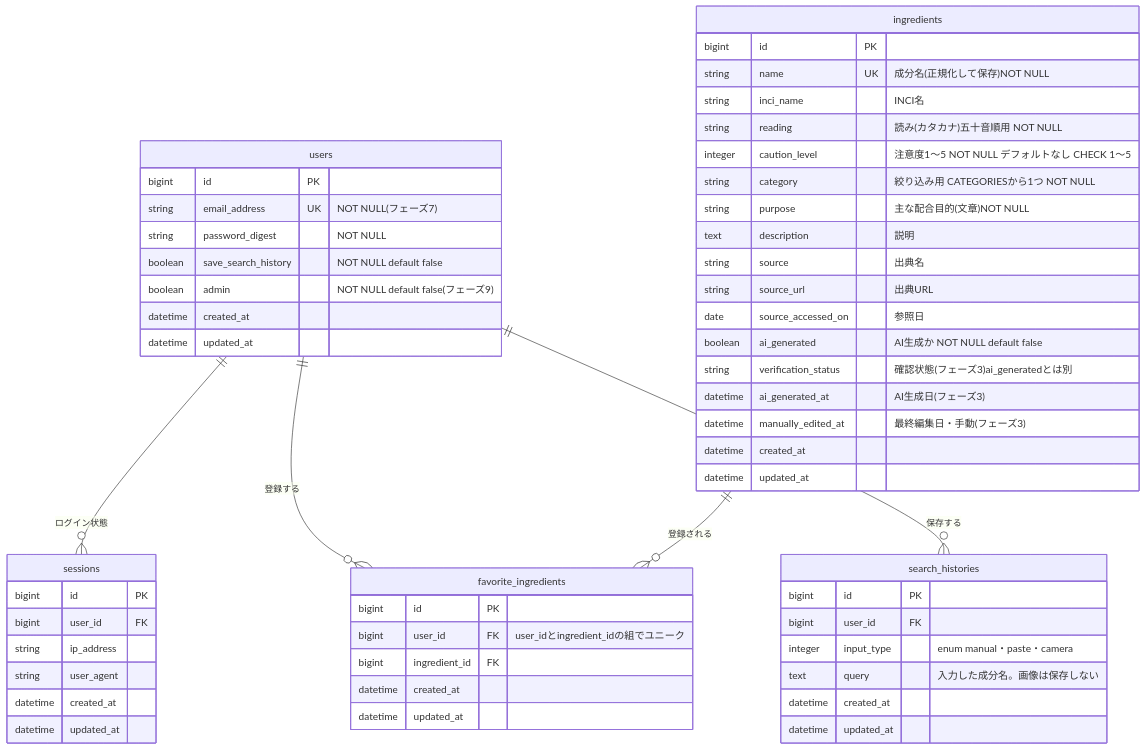
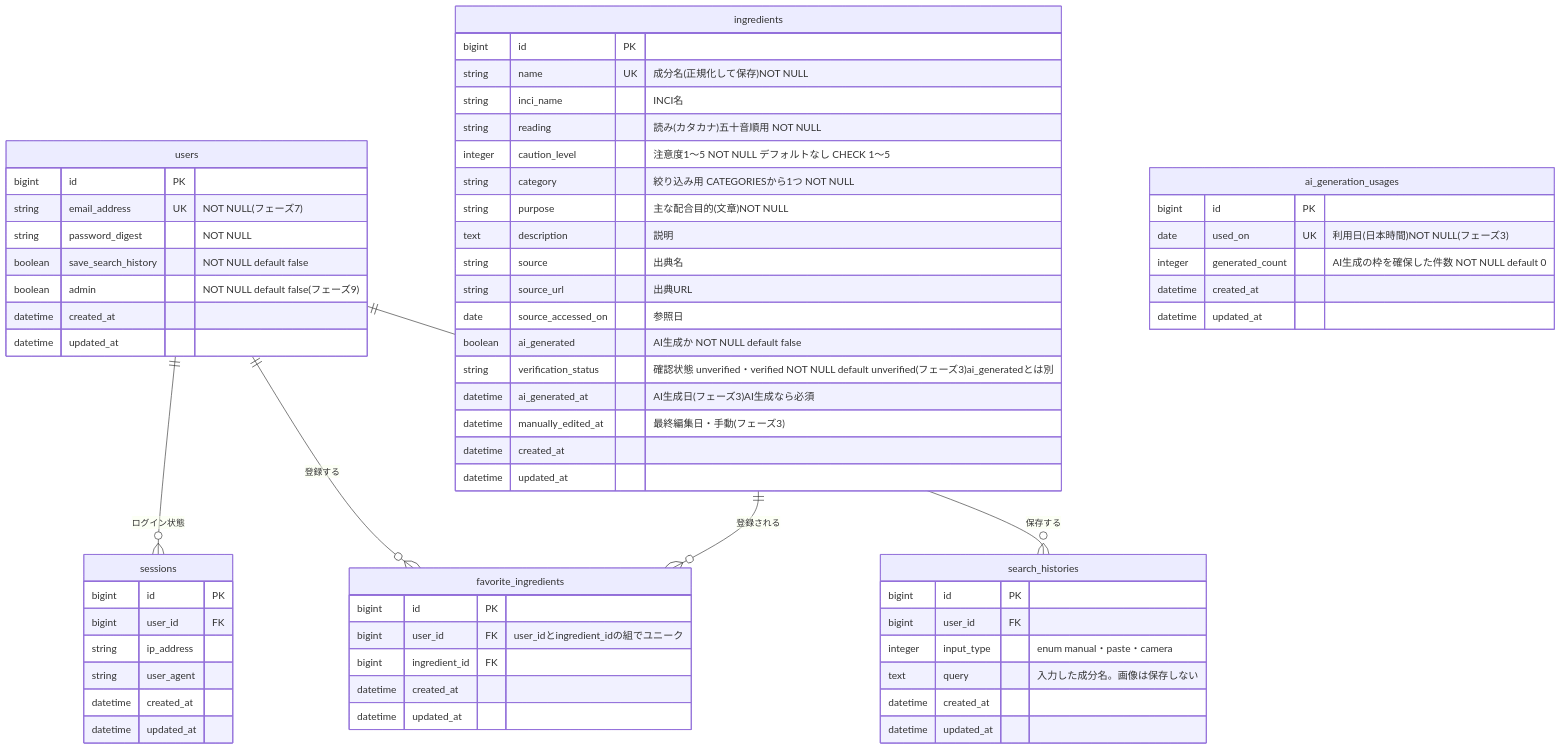
Before and after one commit to Elu-72b/ura-label: the diagram in docs/ER_DIAGRAM.md, drawn with Mermaid. The commit also changed other lines of this file, not shown here.

Commit message:
docs: ER図をフェーズ3の決定に合わせて更新

````diff
--- a/docs/ER_DIAGRAM.md
+++ b/docs/ER_DIAGRAM.md
@@ -12,63 +12,71 @@
 ```mermaid
 erDiagram
     users ||--o{ sessions : "ログイン状態"
     users ||--o{ favorite_ingredients : "登録する"
     ingredients ||--o{ favorite_ingredients : "登録される"
     users ||--o{ search_histories : "保存する"
 
     ingredients {
         bigint id PK
         string name UK "成分名(正規化して保存)NOT NULL"
         string inci_name "INCI名"
         string reading "読み(カタカナ)五十音順用 NOT NULL"
         integer caution_level "注意度1〜5 NOT NULL デフォルトなし CHECK 1〜5"
         string category "絞り込み用 CATEGORIESから1つ NOT NULL"
         string purpose "主な配合目的(文章)NOT NULL"
         text description "説明"
         string source "出典名"
         string source_url "出典URL"
         date source_accessed_on "参照日"
         boolean ai_generated "AI生成か NOT NULL default false"
-        string verification_status "確認状態(フェーズ3)ai_generatedとは別"
-        datetime ai_generated_at "AI生成日(フェーズ3)"
+        string verification_status "確認状態 unverified・verified NOT NULL default unverified(フェーズ3)ai_generatedとは別"
+        datetime ai_generated_at "AI生成日(フェーズ3)AI生成なら必須"
         datetime manually_edited_at "最終編集日・手動(フェーズ3)"
+        datetime created_at
+        datetime updated_at
+    }
+
+    ai_generation_usages {
+        bigint id PK
+        date used_on UK "利用日(日本時間)NOT NULL(フェーズ3)"
+        integer generated_count "AI生成の枠を確保した件数 NOT NULL default 0"
         datetime created_at
         datetime updated_at
     }
 
     users {
         bigint id PK
         string email_address UK "NOT NULL(フェーズ7)"
         string password_digest "NOT NULL"
         boolean save_search_history "NOT NULL default false"
         boolean admin "NOT NULL default false(フェーズ9)"
         datetime created_at
         datetime updated_at
     }
 
     sessions {
         bigint id PK
         bigint user_id FK
         string ip_address
         string user_agent
         datetime created_at
         datetime updated_at
     }
 
     favorite_ingredients {
         bigint id PK
         bigint user_id FK "user_idとingredient_idの組でユニーク"
         bigint ingredient_id FK
         datetime created_at
         datetime updated_at
     }
 
     search_histories {
         bigint id PK
         bigint user_id FK
         integer input_type "enum manual・paste・camera"
         text query "入力した成分名。画像は保存しない"
         datetime created_at
         datetime updated_at
     }
 ```
````
